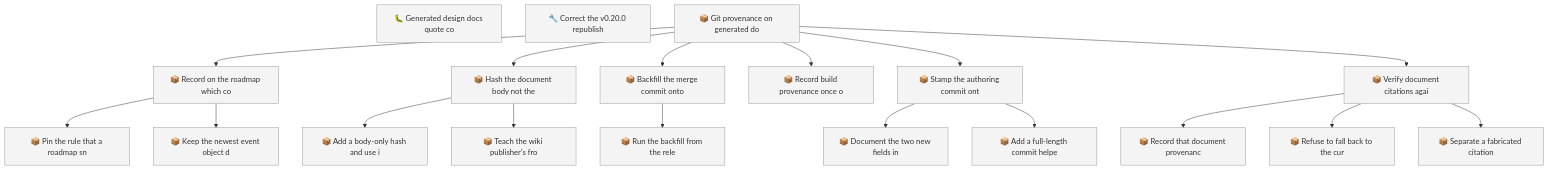
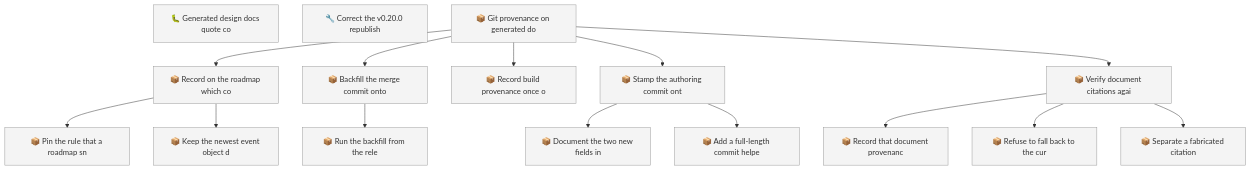
Before and after one commit to SpillwaveSolutions/wiki_ticket_sdd: the first of 2 diagrams in docs/roadmap.md, drawn with Mermaid. The commit also changed other lines of this file and 30 other files, not shown here.

````diff
--- a/docs/roadmap.md
+++ b/docs/roadmap.md
@@ -68,40 +65,34 @@
 ```mermaid
 graph TD
     01KZ2M75CEXBQHFN1AG1Z8A2YB["🐛 Generated design docs quote co"]
     01KZ2PJZF067ZS4YW231C1FM28["🔧 Correct the v0.20.0 republish"]
     01KZ30X6HZ6FKJXJX386J44CB1["📦 Git provenance on generated do"]
     01KZ30X6JD06D11ACPVF8Q5GMW["📦 Record on the roadmap which co"]
-    01KZ30X6JD7M4XV6Y5194E1D32["📦 Hash the document body not the"]
     01KZ30X6JDHPRBESZDQ2CSNJZ2["📦 Pin the rule that a roadmap sn"]
     01KZ30X6JDSYHB6FQB7RRCGKQQ["📦 Keep the newest event object d"]
-    01KZ30X6JDXDZ38RY6AQEYE7VY["📦 Add a body-only hash and use i"]
-    01KZ30X6JDYF6YQWN6WYMVQ5Y4["📦 Teach the wiki publisher's fro"]
     01KZ30X6JE0QSQF6BE8S0YRPBW["📦 Backfill the merge commit onto"]
     01KZ30X6JE1ERVS43QVXEEGVXA["📦 Record build provenance once o"]
     01KZ30X6JE8542ERDW1B8A9P8H["📦 Run the backfill from the rele"]
     01KZ30X6JEBXN08HQTQ77ESSTV["📦 Record that document provenanc"]
     01KZ30X6JECK0M9G04ZHMS4SMA["📦 Stamp the authoring commit ont"]
     01KZ30X6JEETVQZG7YYFM7B998["📦 Refuse to fall back to the cur"]
     01KZ30X6JEF29Z5AEEWXBSJWHV["📦 Verify document citations agai"]
     01KZ30X6JEH1Z7D5AC5ZAMM5V8["📦 Document the two new fields in"]
     01KZ30X6JEWCD74E81Y555DAYP["📦 Separate a fabricated citation"]
     01KZ30X6JEXH4TTKHDNV3ZW0Q2["📦 Add a full-length commit helpe"]
     01KZ30X6HZ6FKJXJX386J44CB1 --> 01KZ30X6JD06D11ACPVF8Q5GMW
-    01KZ30X6HZ6FKJXJX386J44CB1 --> 01KZ30X6JD7M4XV6Y5194E1D32
     01KZ30X6JD06D11ACPVF8Q5GMW --> 01KZ30X6JDHPRBESZDQ2CSNJZ2
     01KZ30X6JD06D11ACPVF8Q5GMW --> 01KZ30X6JDSYHB6FQB7RRCGKQQ
-    01KZ30X6JD7M4XV6Y5194E1D32 --> 01KZ30X6JDXDZ38RY6AQEYE7VY
-    01KZ30X6JD7M4XV6Y5194E1D32 --> 01KZ30X6JDYF6YQWN6WYMVQ5Y4
     01KZ30X6HZ6FKJXJX386J44CB1 --> 01KZ30X6JE0QSQF6BE8S0YRPBW
     01KZ30X6HZ6FKJXJX386J44CB1 --> 01KZ30X6JE1ERVS43QVXEEGVXA
     01KZ30X6JE0QSQF6BE8S0YRPBW --> 01KZ30X6JE8542ERDW1B8A9P8H
     01KZ30X6JEF29Z5AEEWXBSJWHV --> 01KZ30X6JEBXN08HQTQ77ESSTV
     01KZ30X6HZ6FKJXJX386J44CB1 --> 01KZ30X6JECK0M9G04ZHMS4SMA
     01KZ30X6JEF29Z5AEEWXBSJWHV --> 01KZ30X6JEETVQZG7YYFM7B998
     01KZ30X6HZ6FKJXJX386J44CB1 --> 01KZ30X6JEF29Z5AEEWXBSJWHV
     01KZ30X6JECK0M9G04ZHMS4SMA --> 01KZ30X6JEH1Z7D5AC5ZAMM5V8
     01KZ30X6JEF29Z5AEEWXBSJWHV --> 01KZ30X6JEWCD74E81Y555DAYP
     01KZ30X6JECK0M9G04ZHMS4SMA --> 01KZ30X6JEXH4TTKHDNV3ZW0Q2
     classDef todo fill:#f4f4f4,stroke:#999999
-    class 01KZ2M75CEXBQHFN1AG1Z8A2YB,01KZ2PJZF067ZS4YW231C1FM28,01KZ30X6HZ6FKJXJX386J44CB1,01KZ30X6JD06D11ACPVF8Q5GMW,01KZ30X6JD7M4XV6Y5194E1D32,01KZ30X6JDHPRBESZDQ2CSNJZ2,01KZ30X6JDSYHB6FQB7RRCGKQQ,01KZ30X6JDXDZ38RY6AQEYE7VY,01KZ30X6JDYF6YQWN6WYMVQ5Y4,01KZ30X6JE0QSQF6BE8S0YRPBW,01KZ30X6JE1ERVS43QVXEEGVXA,01KZ30X6JE8542ERDW1B8A9P8H,01KZ30X6JEBXN08HQTQ77ESSTV,01KZ30X6JECK0M9G04ZHMS4SMA,01KZ30X6JEETVQZG7YYFM7B998,01KZ30X6JEF29Z5AEEWXBSJWHV,01KZ30X6JEH1Z7D5AC5ZAMM5V8,01KZ30X6JEWCD74E81Y555DAYP,01KZ30X6JEXH4TTKHDNV3ZW0Q2 todo
+    class 01KZ2M75CEXBQHFN1AG1Z8A2YB,01KZ2PJZF067ZS4YW231C1FM28,01KZ30X6HZ6FKJXJX386J44CB1,01KZ30X6JD06D11ACPVF8Q5GMW,01KZ30X6JDHPRBESZDQ2CSNJZ2,01KZ30X6JDSYHB6FQB7RRCGKQQ,01KZ30X6JE0QSQF6BE8S0YRPBW,01KZ30X6JE1ERVS43QVXEEGVXA,01KZ30X6JE8542ERDW1B8A9P8H,01KZ30X6JEBXN08HQTQ77ESSTV,01KZ30X6JECK0M9G04ZHMS4SMA,01KZ30X6JEETVQZG7YYFM7B998,01KZ30X6JEF29Z5AEEWXBSJWHV,01KZ30X6JEH1Z7D5AC5ZAMM5V8,01KZ30X6JEWCD74E81Y555DAYP,01KZ30X6JEXH4TTKHDNV3ZW0Q2 todo
 ```
````
